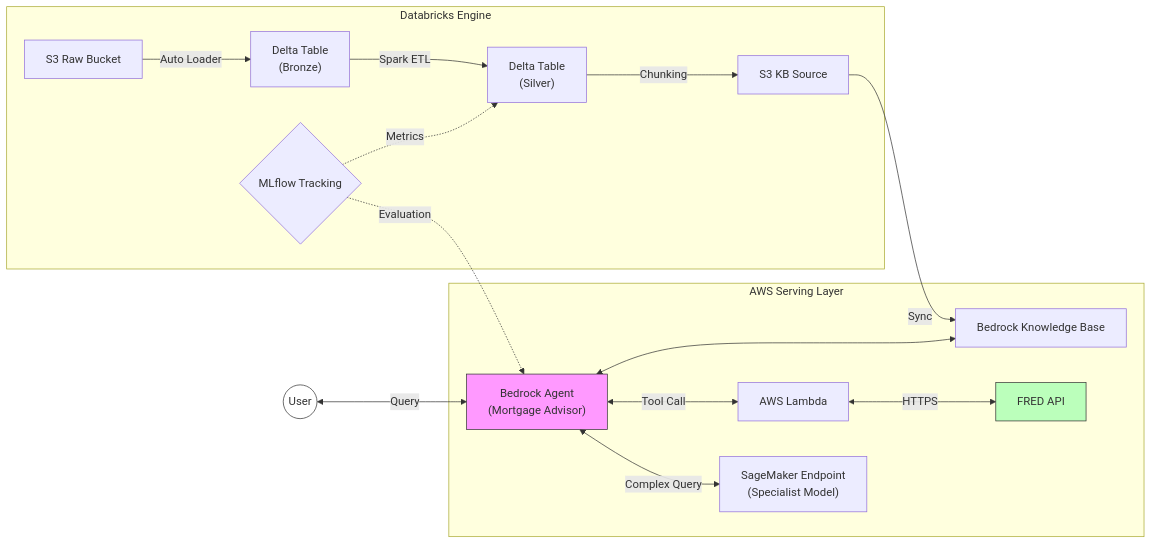
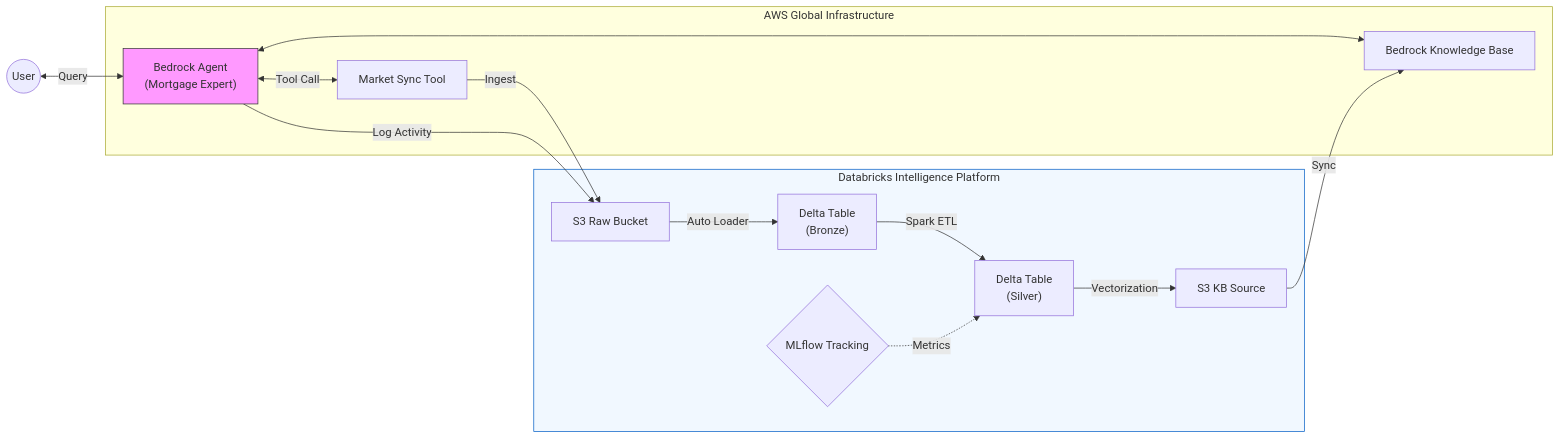
Before and after one commit to corganfuzz/brix-infra-aws: the diagram in README.md, drawn with Mermaid. The commit also changed other lines of this file, not shown here.

Commit message:
update README with Databricks focus

````diff
--- a/README.md
+++ b/README.md
@@ -22,26 +32,23 @@
 ```mermaid
 graph LR
-    User((User)) <-->|Query| Agent["Bedrock Agent<br>(Mortgage Advisor)"]
+    User((User)) <-->|Query| Agent["Bedrock Agent<br>(Mortgage Expert)"]
     
-    subgraph AWS_Serving ["AWS Serving Layer"]
-        Agent <--> KB[Bedrock Knowledge Base]
-        Agent <-->|Tool Call| Lambda[AWS Lambda]
-        Lambda <-->|HTTPS| FRED_API[FRED API]
-        Agent <-->|Complex Query| SM["SageMaker Endpoint<br>(Specialist Model)"]
+    subgraph Databricks_Intelligence ["Databricks Intelligence Platform"]
+        Raw[S3 Raw Bucket] -->|Auto Loader| Bronze["Delta Table<br>(Bronze)"]
+        Bronze -->|Spark ETL| Silver["Delta Table<br>(Silver)"]
+        Silver -->|Vectorization| JSONL[S3 KB Source]
+        MLflow{MLflow Tracking} -.->|Metrics| Silver
     end
     
-    subgraph Databricks_Engine ["Databricks Engine"]
-        Raw[S3 Raw Bucket] -->|Auto Loader| Bronze["Delta Table<br>(Bronze)"]
-        Bronze -->|Spark ETL| Silver["Delta Table<br>(Silver)"]
-        Silver -->|Chunking| JSONL[S3 KB Source]
-        
-        MLflow{MLflow Tracking} -.->|Metrics| Silver
-        MLflow -.->|Evaluation| Agent
+    subgraph AWS_Execution ["AWS Global Infrastructure"]
+        Agent <--> KB[Bedrock Knowledge Base]
+        Agent <-->|Tool Call| Lambda[Market Sync Tool]
+        Lambda -->|Ingest| Raw
+        Agent -->|Log Activity| Raw
     end
     
     JSONL -->|Sync| KB
     
-    style User fill:#fff,stroke:#333
+    style Databricks_Intelligence fill:#f1f8ff,stroke:#005cc5
     style Agent fill:#f9f,stroke:#333
-    style FRED_API fill:#bfb,stroke:#333
 ```
````
